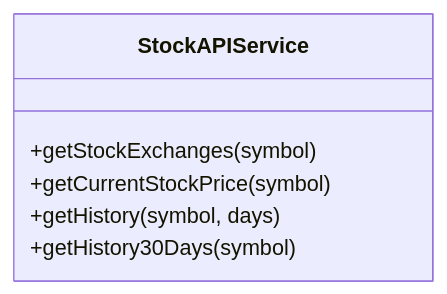
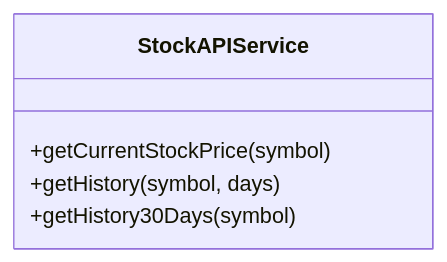
Before and after one commit to ChristianScheub/Typescript_PassivIncomeCalculator: the first of 3 diagrams in src/service/domain/assets/market-data/stockAPIService/README.md, drawn with Mermaid. The commit also changed other lines of this file and 28 other files, not shown here.

````diff
--- a/src/service/domain/assets/market-data/stockAPIService/README.md
+++ b/src/service/domain/assets/market-data/stockAPIService/README.md
@@ -53,9 +49,8 @@
 ```mermaid
 classDiagram
     class StockAPIService {
-      +getStockExchanges(symbol)
       +getCurrentStockPrice(symbol)
       +getHistory(symbol, days)
       +getHistory30Days(symbol)
     }
 ```
````
